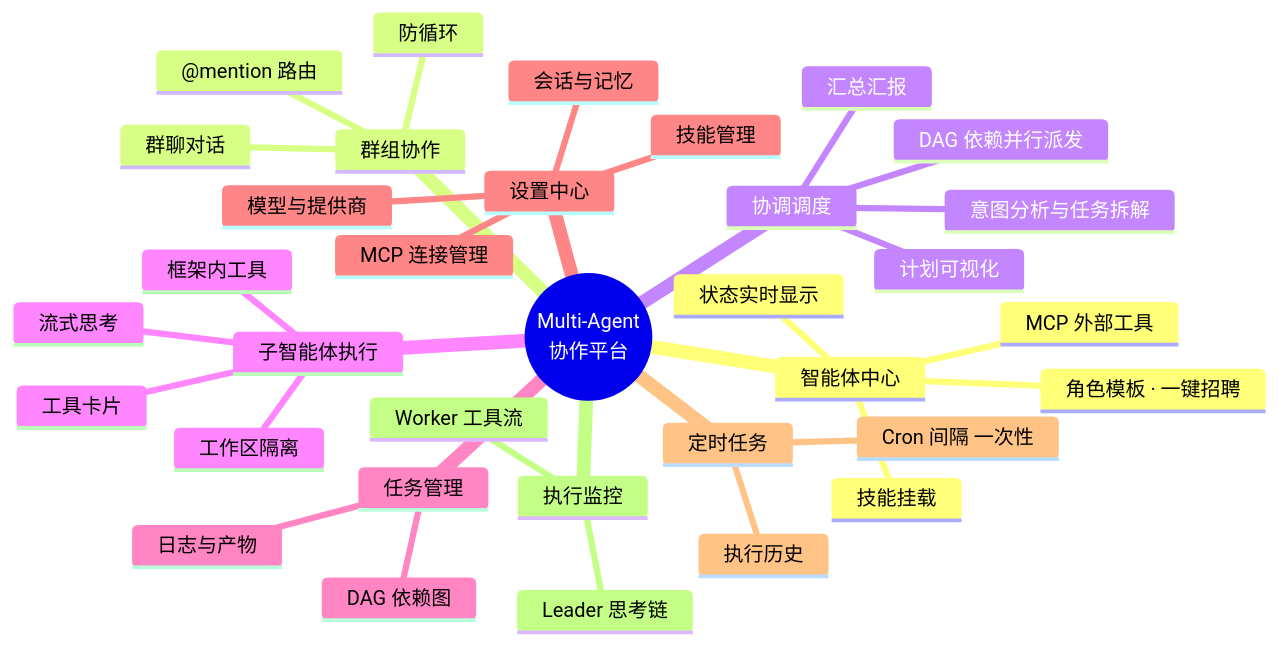
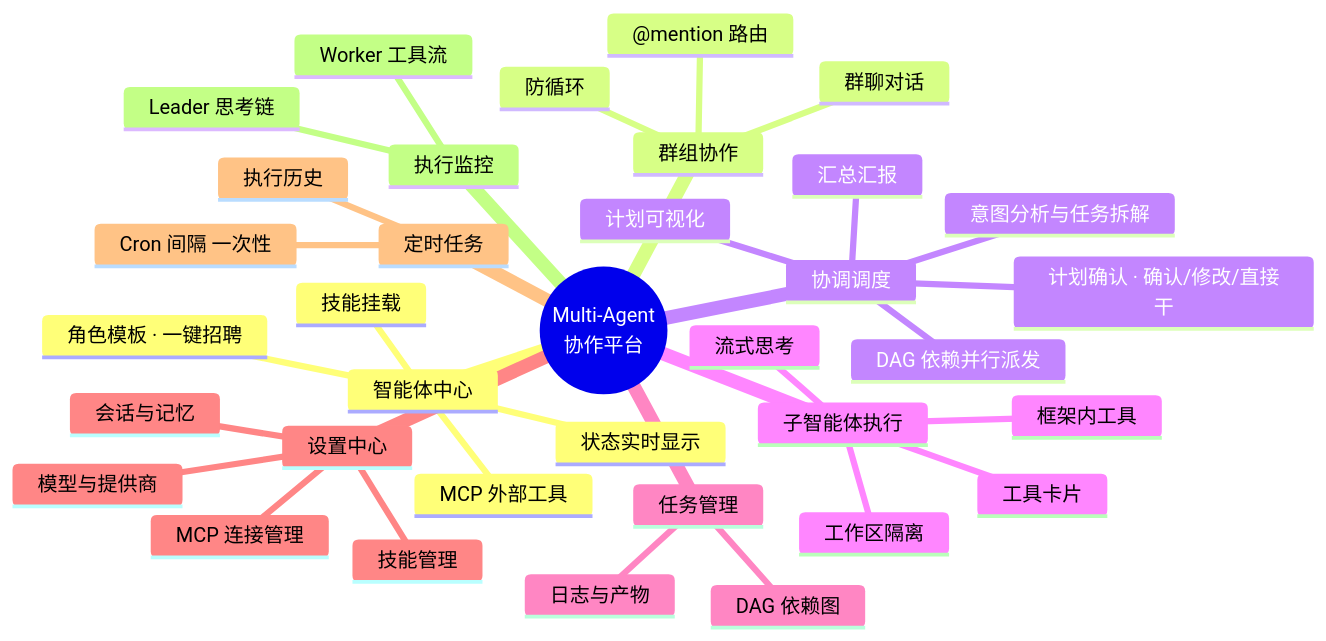
Before and after one commit to free-wyq/multi-Agent: the second of 3 diagrams in README.md, drawn with Mermaid. The commit also changed other lines of this file and 1 other file, not shown here.

````diff
--- a/README.md
+++ b/README.md
@@ -63,37 +63,38 @@
 ```mermaid
 mindmap
   root((Multi-Agent<br/>协作平台))
     智能体中心
       角色模板 · 一键招聘
       技能挂载
       MCP 外部工具
       状态实时显示
     群组协作
       群聊对话
       @mention 路由
       防循环
     协调调度
       意图分析与任务拆解
       DAG 依赖并行派发
+      计划确认 · 确认/修改/直接干
       计划可视化
       汇总汇报
     子智能体执行
       框架内工具
       流式思考
       工具卡片
       工作区隔离
     任务管理
       DAG 依赖图
       日志与产物
     设置中心
       模型与提供商
       技能管理
       MCP 连接管理
       会话与记忆
     定时任务
       Cron 间隔 一次性
       执行历史
     执行监控
       Leader 思考链
       Worker 工具流
 ```
````
